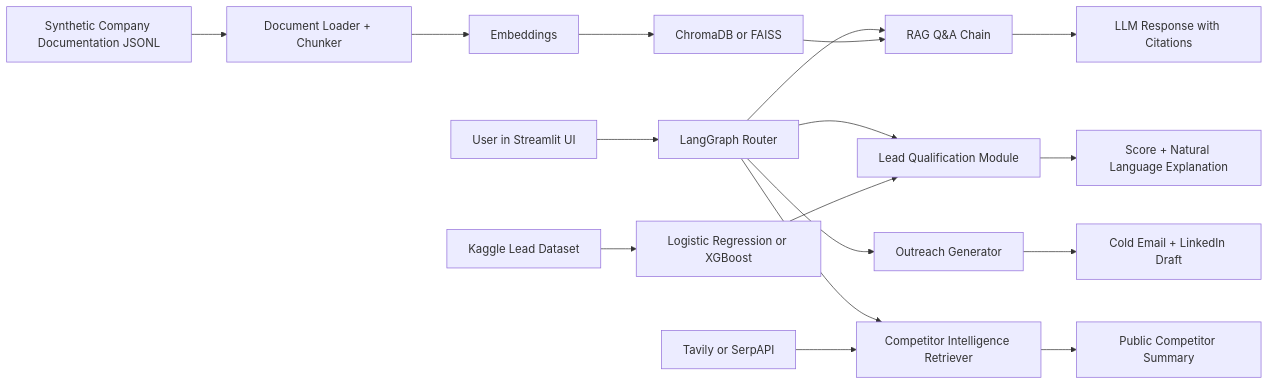
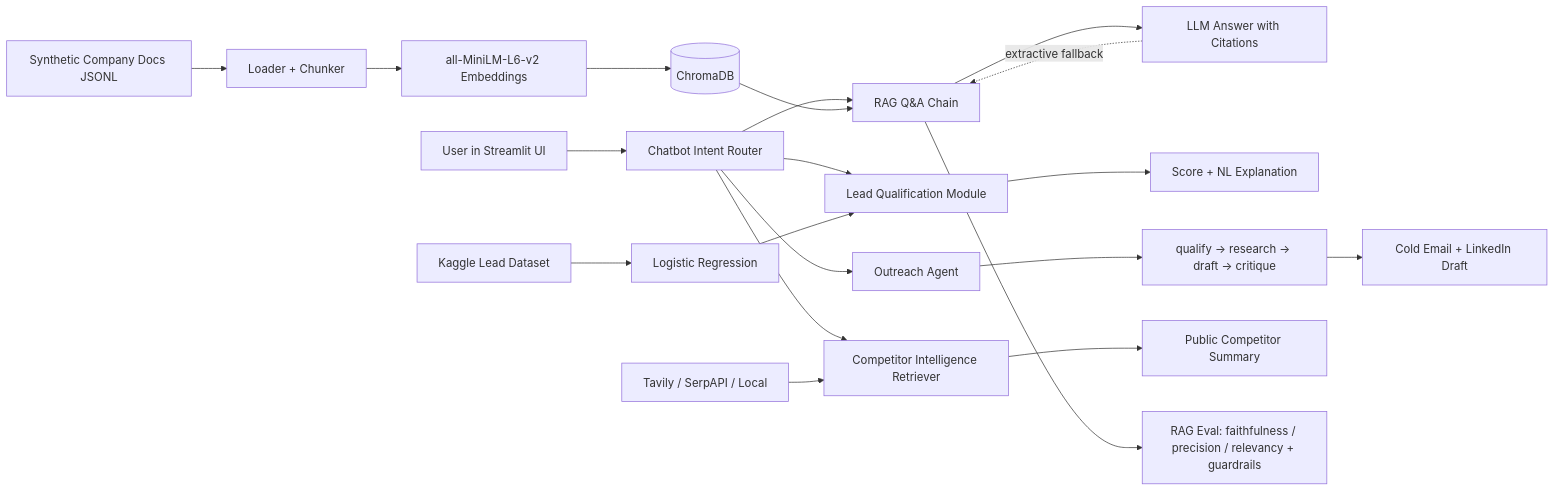
One commit to SemihSan/Graphic-Era-University-Internship-Project---BizPilot-AI- changed the diagram in README.md. Above: the diagram before and after it, drawn with Mermaid. The commit also changed other lines of this file and 24 other files, not shown here.

Commit message:
Weeks 4-6: agentic outreach + competitor intel, RAG eval, deployment guide, final submission docs, model comparison, CI, tests, Dockerfile, educational notebook

````diff
--- a/README.md
+++ b/README.md
@@ -75,19 +113,27 @@
 ```mermaid
 flowchart LR
-    U[User in Streamlit UI] --> R[LangGraph Router]
-    R --> Q[RAG Q&A Chain]
-    R --> L[Lead Qualification Module]
-    R --> O[Outreach Generator]
-    R --> C[Competitor Intelligence Retriever]
-    D[Synthetic Company Documentation JSONL] --> I[Document Loader + Chunker]
-    I --> E[Embeddings]
-    E --> V[ChromaDB or FAISS]
+    U[User in Streamlit UI] --> CB[Chatbot Intent Router]
+    CB --> Q[RAG Q&A Chain]
+    CB --> L[Lead Qualification Module]
+    CB --> O[Outreach Agent]
+    CB --> C[Competitor Intelligence Retriever]
+
+    D[Synthetic Company Docs JSONL] --> I[Loader + Chunker]
+    I --> E[all-MiniLM-L6-v2 Embeddings]
+    E --> V[(ChromaDB)]
     V --> Q
-    K[Kaggle Lead Dataset] --> M[Logistic Regression or XGBoost]
+    Q --> G[LLM Answer with Citations]
+    G -.extractive fallback.-> Q
+
+    K[Kaggle Lead Dataset] --> M[Logistic Regression]
     M --> L
-    W[Tavily or SerpAPI] --> C
-    Q --> G[LLM Response with Citations]
-    L --> X[Score + Natural Language Explanation]
-    O --> Y[Cold Email + LinkedIn Draft]
+    L --> X[Score + NL Explanation]
+
+    O --> OA[qualify -> research -> draft -> critique]
+    OA --> Y[Cold Email + LinkedIn Draft]
+
+    W[Tavily / SerpAPI / Local] --> C
     C --> Z[Public Competitor Summary]
+
+    Q --> EV[RAG Eval: faithfulness / precision / relevancy + guardrails]
 ```
````
